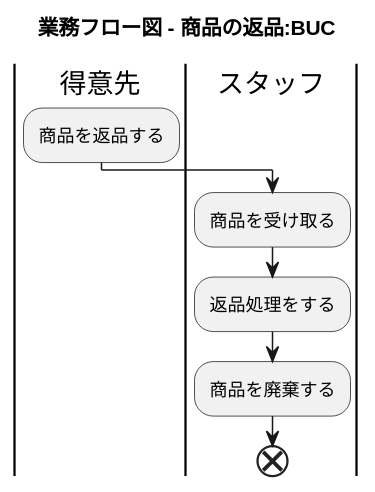
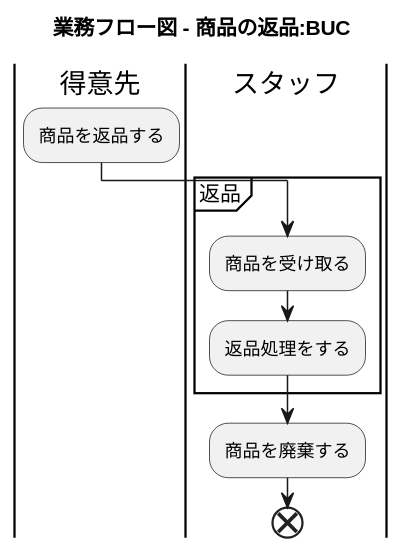
One commit to k2works/application_programing_excercise_2022 changed diagram 15 of 38 in docs/index.adoc. Above: the diagram before and after it, drawn with PlantUML. The commit also changed other lines of this file, not shown here.

Commit message:
docs: ユースケース複合図

```diff
--- a/docs/index.adoc
+++ b/docs/index.adoc
@@ -515,18 +543,19 @@
 [plantuml]
 ----
 @startuml
 
 title 業務フロー図 - 商品の返品:BUC
 
 |得意先|
 :商品を返品する;
 
-|スタッフ|
-:商品を受け取る;
-:返品処理をする;
-:商品を廃棄する;
-
+partition 返品 {
+    |スタッフ|
+    :商品を受け取る;
+    :返品処理をする;
+}
+    :商品を廃棄する;
 end
 
 @enduml
 ----
```
